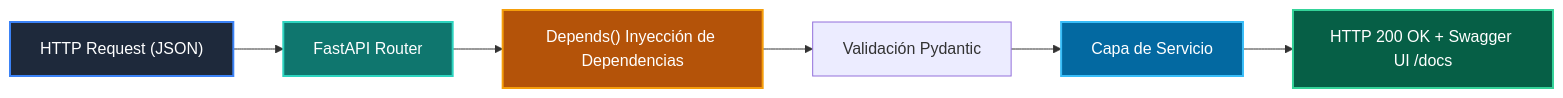
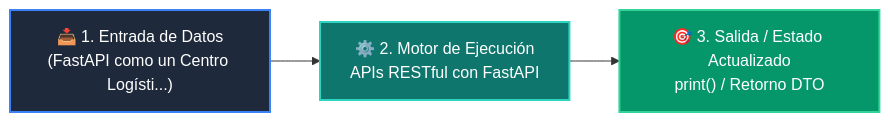
One commit to wisrovi/wisrovi-python changed the diagram in 04-proyecto-final/clase-02-backend-fastapi/README.md. Above: the diagram before and after it, drawn with Mermaid. The commit also changed other lines of this file and 54 other files, not shown here.

Commit message:
refactor: clean repository root by moving maintenance scripts to scripts/ and restore rich high-contrast Mermaid diagrams for all classes and examples

````diff
--- a/04-proyecto-final/clase-02-backend-fastapi/README.md
+++ b/04-proyecto-final/clase-02-backend-fastapi/README.md
@@ -12,14 +12,9 @@
 ```mermaid
 flowchart LR
-    REQ["HTTP Request (JSON)"] --> ROUTE["FastAPI Router"]
-    ROUTE --> DEP["Depends() Inyección de Dependencias"]
-    DEP --> VAL["Validación Pydantic"]
-    VAL --> SERV["Capa de Servicio"]
-    SERV --> RES["HTTP 200 OK + Swagger UI /docs"]
+    A["📥 1. Entrada de Datos<br/>(FastAPI como un Centro Logísti...)"] --> B["⚙️ 2. Motor de Ejecución<br/>APIs RESTful con FastAPI"]
+    B --> C["🎯 3. Salida / Estado Actualizado<br/>print() / Retorno DTO"]
 
-    style REQ fill:#1e293b,color:#fff,stroke:#3b82f6,stroke-width:2px
-    style ROUTE fill:#0f766e,color:#fff,stroke:#2dd4bf,stroke-width:2px
-    style DEP fill:#b45309,color:#fff,stroke:#f59e0b,stroke-width:2px
-    style SERV fill:#0369a1,color:#fff,stroke:#38bdf8,stroke-width:2px
-    style RES fill:#065f46,color:#fff,stroke:#34d399,stroke-width:2px
+    style A fill:#1e293b,color:#ffffff,stroke:#3b82f6,stroke-width:2px
+    style B fill:#0f766e,color:#ffffff,stroke:#2dd4bf,stroke-width:2px
+    style C fill:#059669,color:#ffffff,stroke:#34d399,stroke-width:2px
 ```
````
